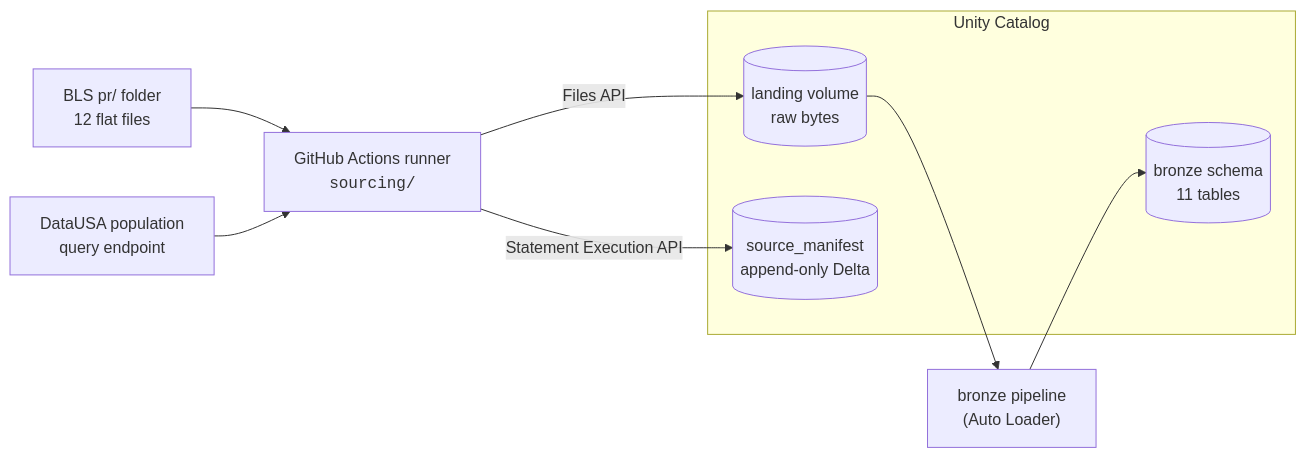
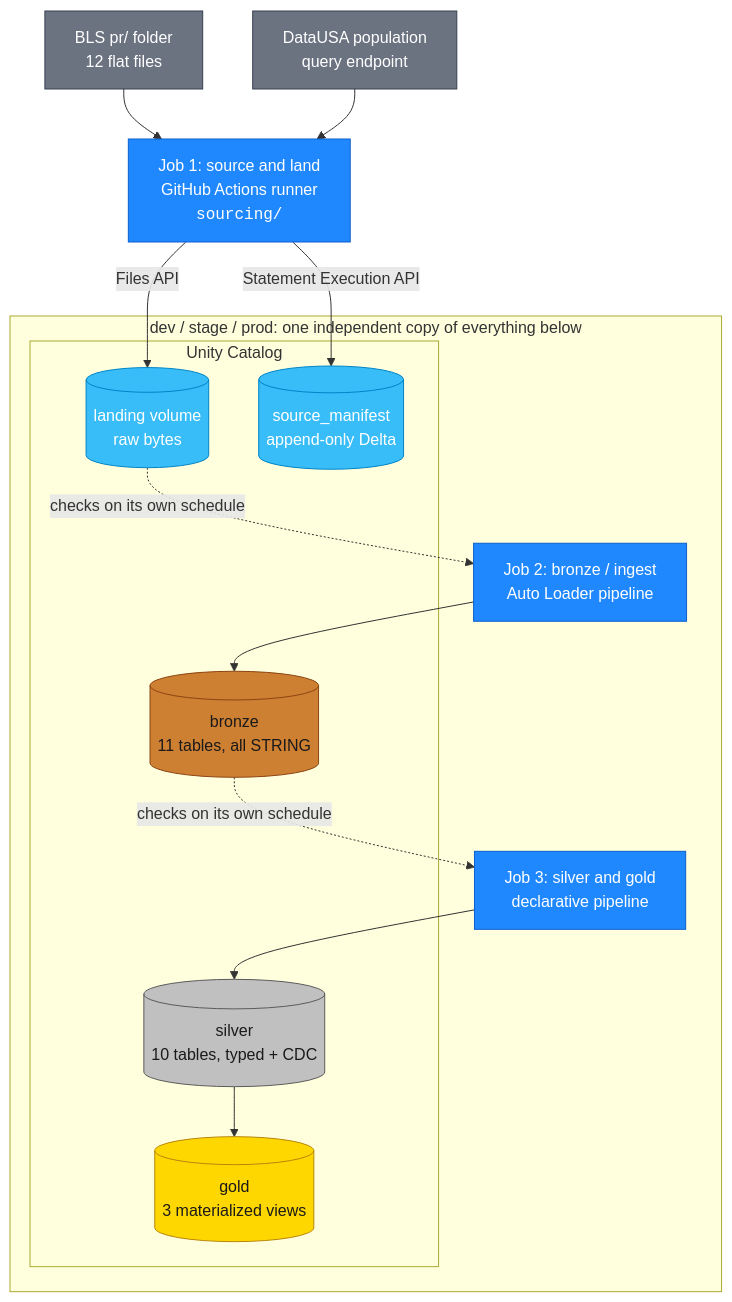
Before and after one commit to schmucas/rearc_data_quest: the first of 2 diagrams in README.md, drawn with Mermaid. The commit also changed other lines of this file and 2 other files, not shown here.

First line of the commit message:
Document silver and gold in the README, add the silver/gold job

````diff
--- a/README.md
+++ b/README.md
@@ -60,16 +66,39 @@
 ```mermaid
-flowchart LR
-  BLS["BLS pr/ folder<br/>12 flat files"] --> GHA
-  API["DataUSA population<br/>query endpoint"] --> GHA
-  GHA["GitHub Actions runner<br/><code>sourcing/</code>"]
-  GHA -->|Files API| VOL[("landing volume<br/>raw bytes")]
-  GHA -->|Statement Execution API| MAN[("source_manifest<br/>append-only Delta")]
-  VOL --> BP["bronze pipeline<br/>(Auto Loader)"]
-  BP --> BZ[("bronze schema<br/>11 tables")]
+flowchart TB
+  BLS["BLS pr/ folder<br/>12 flat files"]:::source
+  API["DataUSA population<br/>query endpoint"]:::source
+  BLS --> GHA
+  API --> GHA
+  GHA["Job 1: source and land<br/>GitHub Actions runner<br/><code>sourcing/</code>"]:::job
 
-  subgraph UC["Unity Catalog"]
-    VOL
-    MAN
-    BZ
+  GHA -->|Files API| VOL[("landing volume<br/>raw bytes")]:::storage
+  GHA -->|Statement Execution API| MAN[("source_manifest<br/>append-only Delta")]:::storage
+
+  VOL -.->|checks on its own schedule| BJ
+  BJ["Job 2: bronze / ingest<br/>Auto Loader pipeline"]:::job
+  BJ --> BZ[("bronze<br/>11 tables, all STRING")]:::bronze
+
+  BZ -.->|checks on its own schedule| SJ
+  SJ["Job 3: silver and gold<br/>declarative pipeline"]:::job
+  SJ --> SV[("silver<br/>10 tables, typed + CDC")]:::silver
+  SV --> GD[("gold<br/>3 materialized views")]:::gold
+
+  subgraph ENV["dev / stage / prod: one independent copy of everything below"]
+    BJ
+    SJ
+    subgraph UC["Unity Catalog"]
+      VOL
+      MAN
+      BZ
+      SV
+      GD
+    end
   end
+
+  classDef source fill:#6b7280,stroke:#374151,color:#ffffff
+  classDef job fill:#2088ff,stroke:#0b5fcc,color:#ffffff
+  classDef bronze fill:#cd7f32,stroke:#8b4513,color:#1a1a1a
+  classDef silver fill:#c0c0c0,stroke:#5b5b5b,color:#1a1a1a
+  classDef gold fill:#ffd700,stroke:#b8860b,color:#1a1a1a
+  classDef storage fill:#38bdf8,stroke:#0284c7,color:#ffffff
 ```
````
